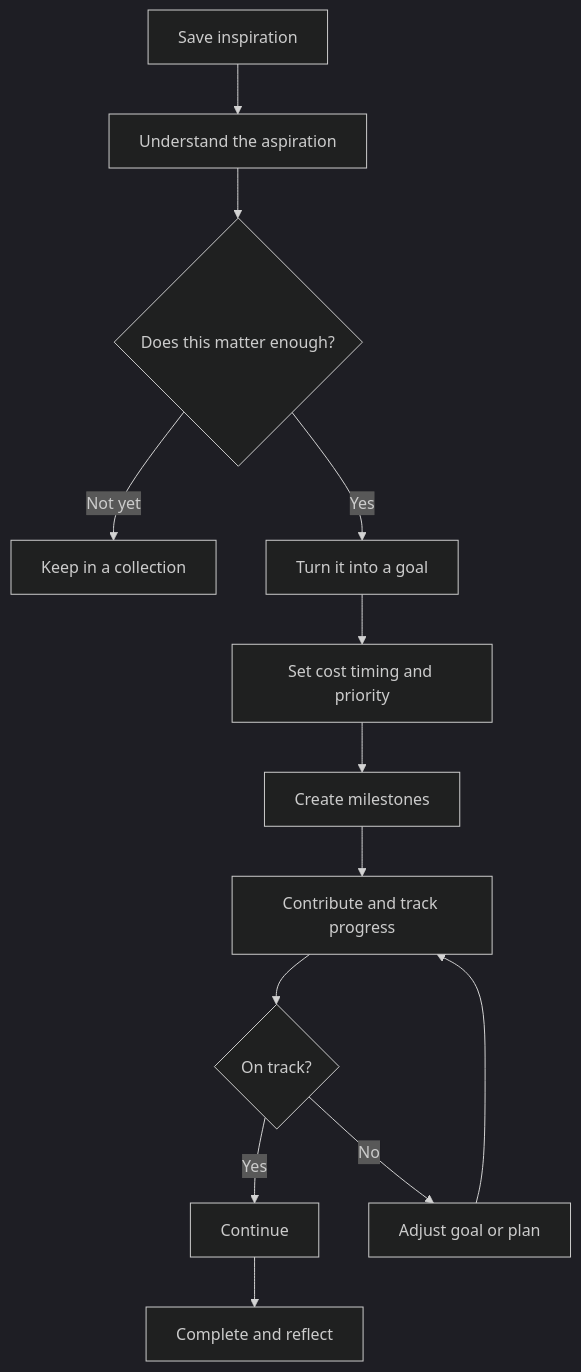
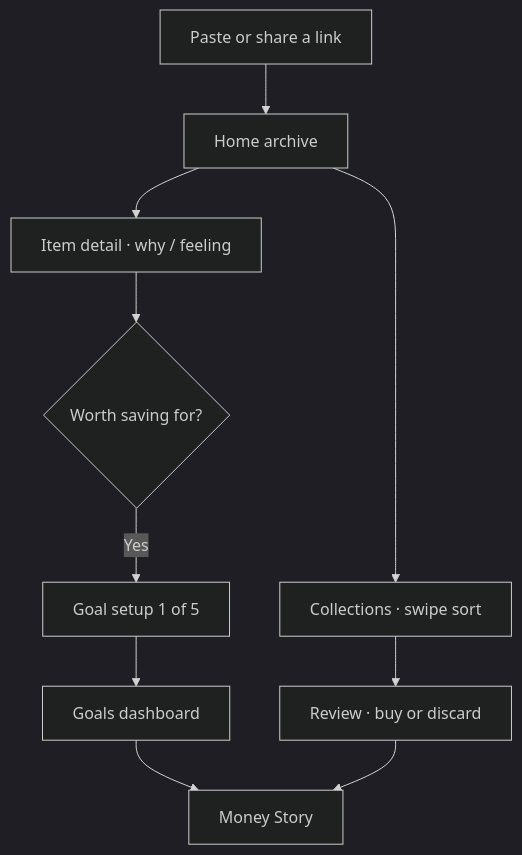
One commit to jasminekaurr/prism changed the diagram in docs/PRODUCT_VISION.md. Above: the diagram before and after it, drawn with Mermaid (dark theme). The commit also changed other lines of this file and 72 other files, not shown here.

````diff
--- a/docs/PRODUCT_VISION.md
+++ b/docs/PRODUCT_VISION.md
@@ -35,15 +50,12 @@
 ```mermaid
 flowchart TD
-    A["Save inspiration"] --> B["Understand the aspiration"]
-    B --> C{"Does this matter enough?"}
-    C -->|Not yet| D["Keep in a collection"]
-    C -->|Yes| E["Turn it into a goal"]
-    E --> F["Set cost timing and priority"]
-    F --> G["Create milestones"]
-    G --> H["Contribute and track progress"]
-    H --> I{"On track?"}
-    I -->|Yes| J["Continue"]
-    I -->|No| K["Adjust goal or plan"]
-    J --> L["Complete and reflect"]
-    K --> H
+    A["Paste or share a link"] --> B["Home archive"]
+    B --> C["Collections · swipe sort"]
+    C --> D["Review · buy or discard"]
+    B --> E["Item detail · why / feeling"]
+    E --> F{"Worth saving for?"}
+    F -->|Yes| G["Goal setup 1 of 5"]
+    G --> H["Goals dashboard"]
+    H --> I["Money Story"]
+    D --> I
 ```
````
